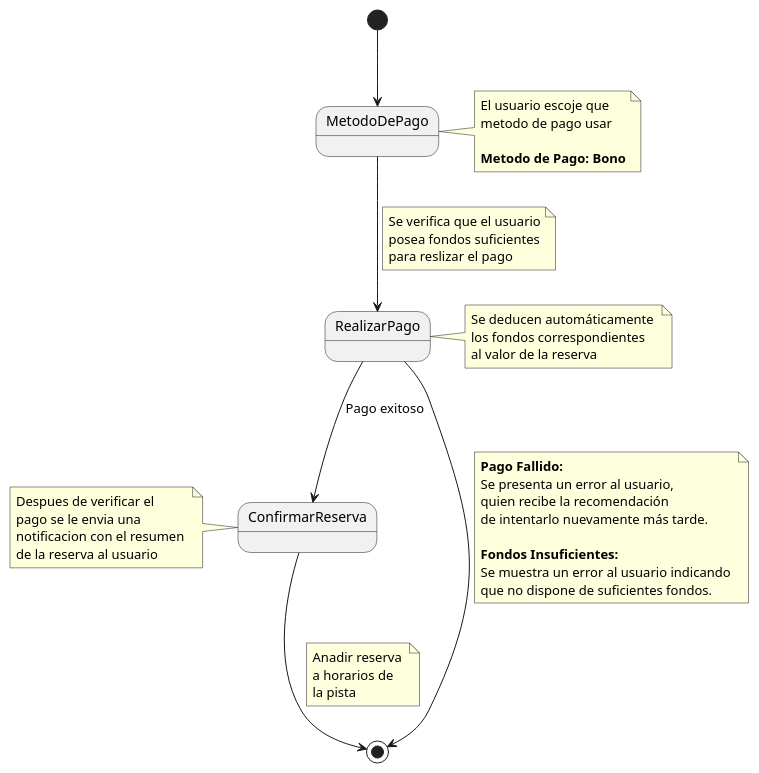
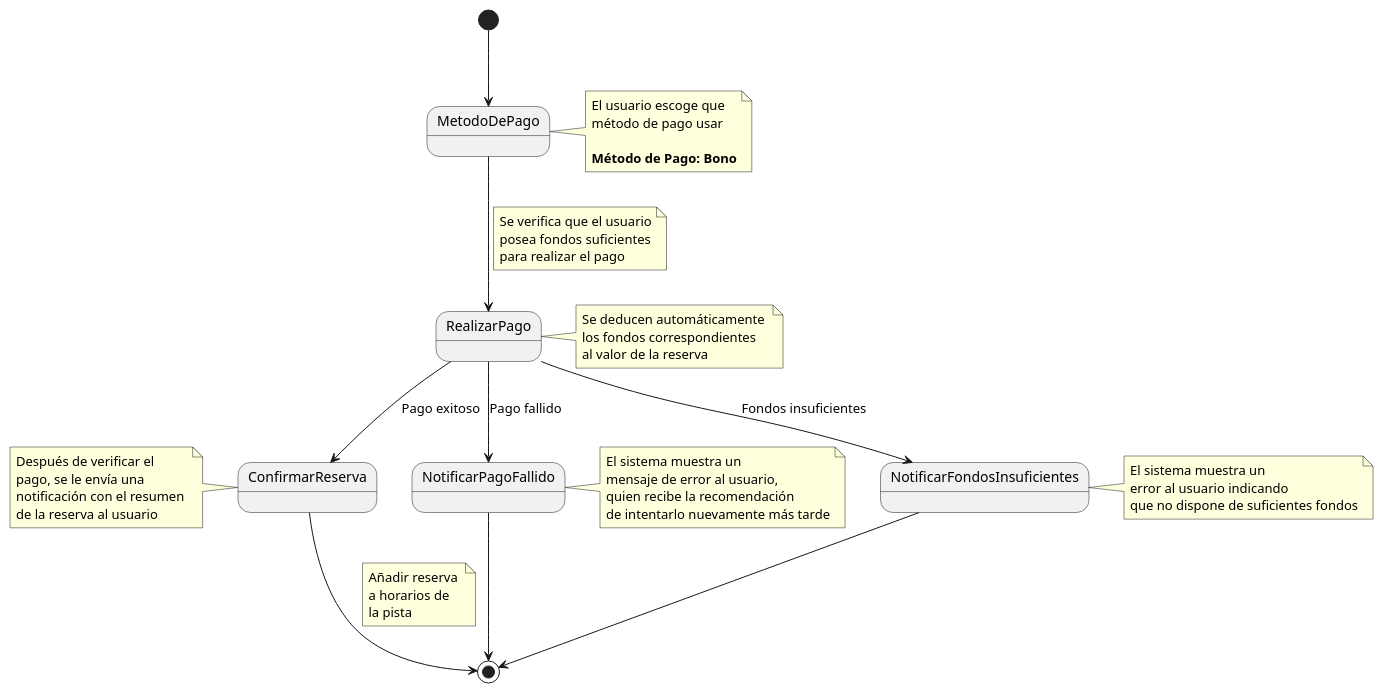
One commit to pablarce/23-24-IdSw1-SDR changed the diagram in CasosDeUso/CduDetallados/CduPagos/PagarConBonos.puml. Above: the diagram before and after it, drawn with PlantUML.

Commit message:
Update PagarConBonos.puml
Agrego pago fallido y saldo insuficiente

```diff
--- a/CasosDeUso/CduDetallados/CduPagos/PagarConBonos.puml
+++ b/CasosDeUso/CduDetallados/CduPagos/PagarConBonos.puml
@@ -1,47 +1,57 @@
 @startuml
 
 [*] --> MetodoDePago
 note right of MetodoDePago
- El usuario escoje que 
- metodo de pago usar
+ El usuario escoge que 
+ método de pago usar
  
- **Metodo de Pago: Bono**
+ **Método de Pago: Bono**
 end note
 
-MetodoDePago--> RealizarPago
+MetodoDePago --> RealizarPago
 note on link
 Se verifica que el usuario
 posea fondos suficientes
-para reslizar el pago
+para realizar el pago
 end note
 note right of RealizarPago
 Se deducen automáticamente 
 los fondos correspondientes 
 al valor de la reserva
 end note
-RealizarPago--> ConfirmarReserva : Pago exitoso
+
+RealizarPago --> ConfirmarReserva : Pago exitoso
 note left of ConfirmarReserva
- Despues de verificar el 
- pago se le envia una 
- notificacion con el resumen 
+ Después de verificar el 
+ pago, se le envía una 
+ notificación con el resumen 
  de la reserva al usuario
 end note
-RealizarPago --> [*]
-note on link
-**Pago Fallido:**
-Se presenta un error al usuario, 
-quien recibe la recomendación 
-de intentarlo nuevamente más tarde.
 
-**Fondos Insuficientes:**
-Se muestra un error al usuario indicando 
-que no dispone de suficientes fondos.
+RealizarPago --> NotificarPagoFallido : Pago fallido
+note right of NotificarPagoFallido
+ El sistema muestra un 
+ mensaje de error al usuario, 
+ quien recibe la recomendación 
+ de intentarlo nuevamente más tarde
 end note
+
+RealizarPago --> NotificarFondosInsuficientes : Fondos insuficientes
+note right of NotificarFondosInsuficientes
+ El sistema muestra un 
+ error al usuario indicando 
+ que no dispone de suficientes fondos
+end note
+
+NotificarPagoFallido --> [*]
+
+NotificarFondosInsuficientes --> [*]
+
 ConfirmarReserva --> [*]
 note on link
- Anadir reserva 
+ Añadir reserva 
  a horarios de 
  la pista
 end note
 
 @enduml
```
